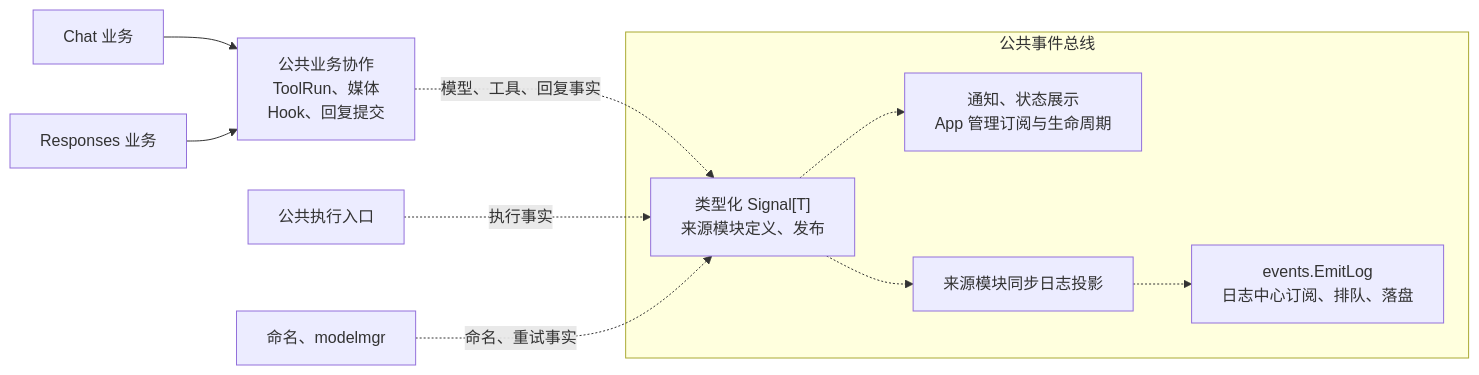
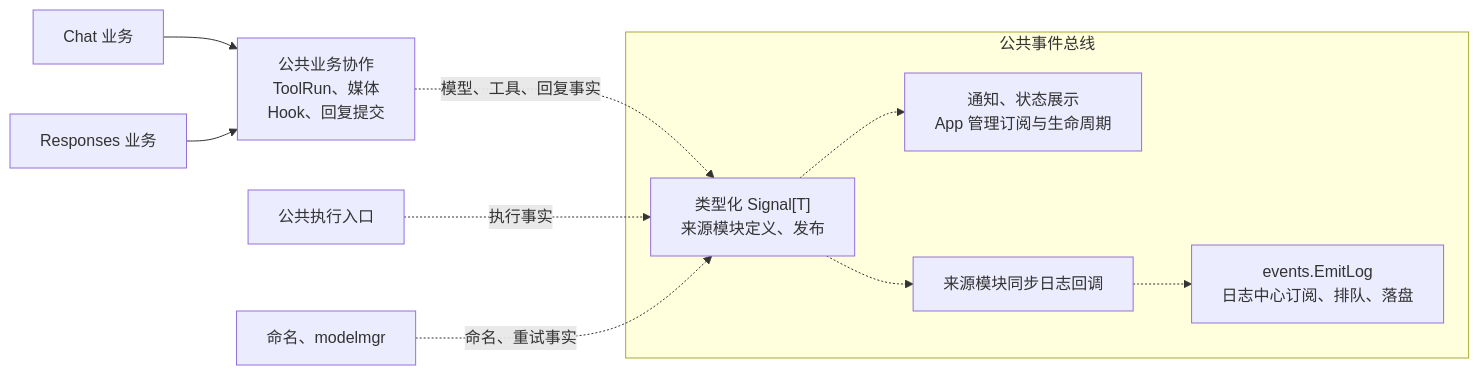
One commit to Elflare/elbot changed the second of 2 diagrams in devdocs/architecture.md. Above: the diagram before and after it, drawn with Mermaid. The commit also changed other lines of this file and 14 other files, not shown here.

````diff
--- a/devdocs/architecture.md
+++ b/devdocs/architecture.md
@@ -147,26 +147,26 @@
 ```mermaid
 flowchart LR
     CHAT["Chat 业务"]
     RESPONSE["Responses 业务"]
     ENTRY["公共执行入口"]
     OTHER["命名、modelmgr"]
 
     SHARED["公共业务协作<br/>ToolRun、媒体<br/>Hook、回复提交"]
 
     subgraph EVENTS["公共事件总线"]
         BUS["类型化 Signal[T]<br/>来源模块定义、发布"]
         OBSERVER["通知、状态展示<br/>App 管理订阅与生命周期"]
-        PROJECTION["来源模块同步日志投影"]
+        PROJECTION["来源模块同步日志回调"]
         LOG["events.EmitLog<br/>日志中心订阅、排队、落盘"]
         BUS -.-> OBSERVER
         BUS -.-> PROJECTION
         PROJECTION -.-> LOG
     end
 
     CHAT --> SHARED
     RESPONSE --> SHARED
 
     SHARED -.->|"模型、工具、回复事实"| BUS
     ENTRY -.->|"执行事实"| BUS
     OTHER -.->|"命名、重试事实"| BUS
 ```
````
